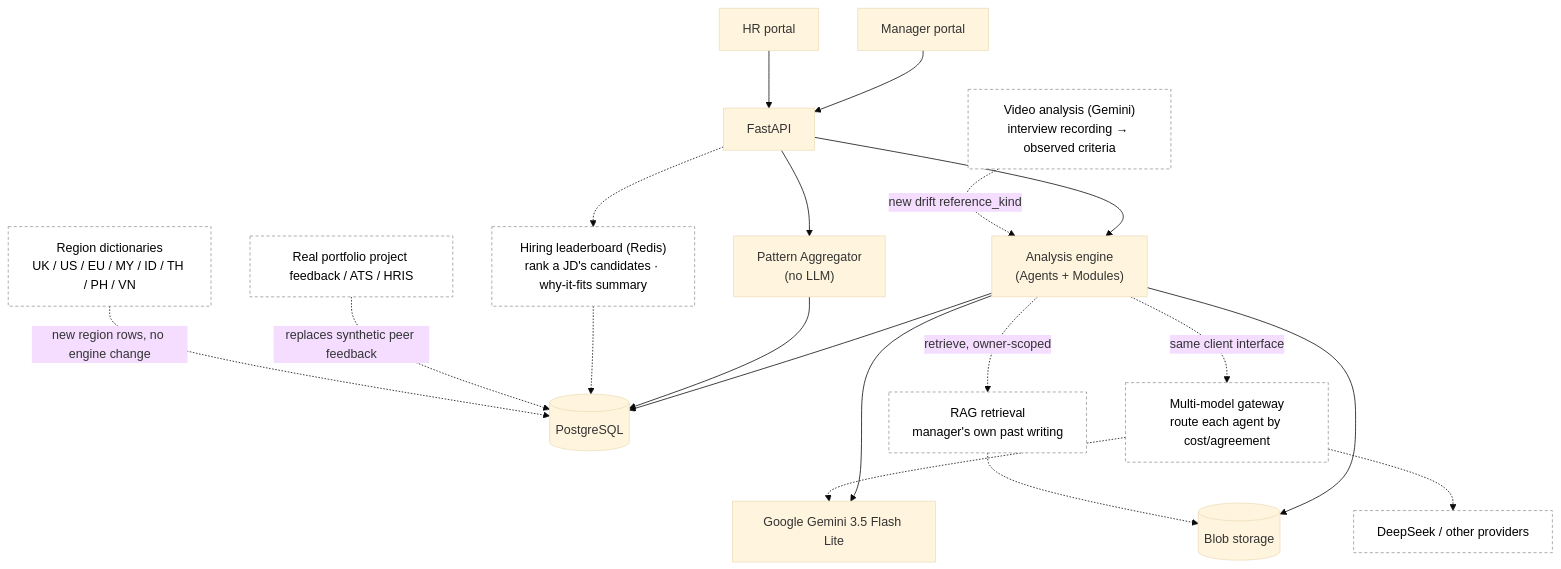
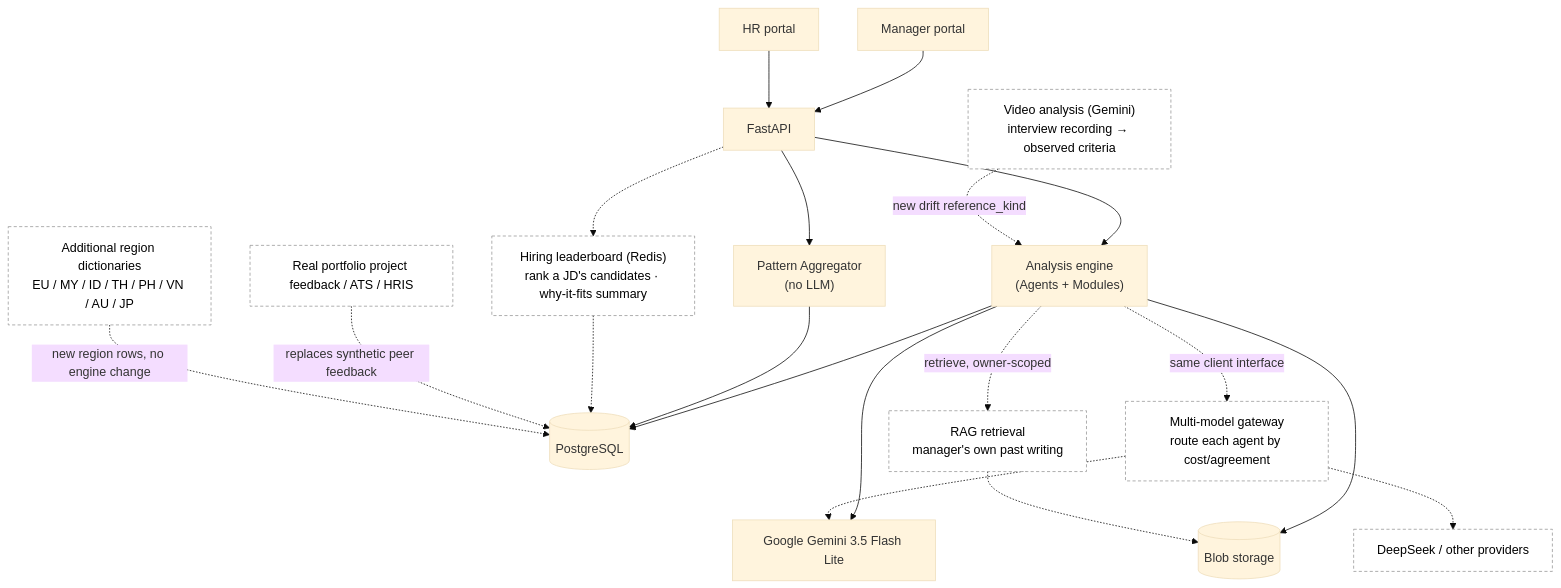
Before and after one commit to sm-daniyal/patternSpecular: the diagram in docs/future.md, drawn with Mermaid (base theme). The commit also changed other lines of this file, not shown here.

Commit message:
docs: refine future scope roadmap, multi-model gateway, and region proposals

````diff
--- a/docs/future.md
+++ b/docs/future.md
@@ -14,36 +14,36 @@
 ```mermaid
 flowchart TB
     M["Manager portal"] --> API["FastAPI"]
     H["HR portal"] --> API
     API --> ENG["Analysis engine<br/>(Agents + Modules)"]
     API --> AGG["Pattern Aggregator<br/>(no LLM)"]
     ENG --> LLM["Google Gemini 3.5 Flash Lite"]
     ENG --> DB[(PostgreSQL)]
     AGG --> DB
     ENG --> BLOB[(Blob storage)]
 
     GW["Multi-model gateway<br/>route each agent by cost/agreement"]
     ENG -.->|"same client interface"| GW
     GW -.-> LLM
     GW -.-> ALT["DeepSeek / other providers"]
 
     RAG["RAG retrieval<br/>manager's own past writing"]
     ENG -.->|"retrieve, owner-scoped"| RAG
     RAG -.-> BLOB
 
     VID["Video analysis (Gemini)<br/>interview recording → observed criteria"]
     VID -.->|"new drift reference_kind"| ENG
 
     LB["Hiring leaderboard (Redis)<br/>rank a JD's candidates · why-it-fits summary"]
     API -.-> LB
     LB -.-> DB
 
     FEED["Real portfolio project feedback / ATS / HRIS"]
     FEED -.->|"replaces synthetic peer feedback"| DB
 
-    REG["Region dictionaries<br/>UK / US / EU / MY / ID / TH / PH / VN"]
+    REG["Additional region dictionaries<br/>EU / MY / ID / TH / PH / VN / AU / JP"]
     REG -.->|"new region rows, no engine change"| DB
 
     classDef future fill:#fff,stroke:#999,stroke-dasharray:4 3,color:#000;
     class GW,ALT,RAG,VID,LB,FEED,REG future;
 ```
````
